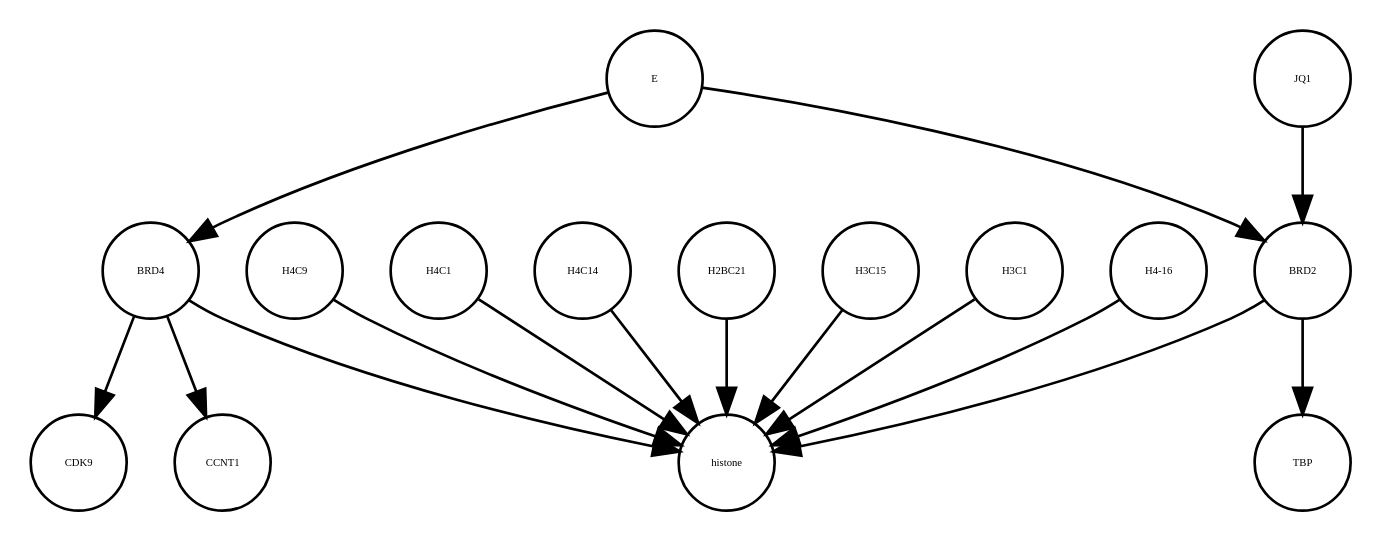
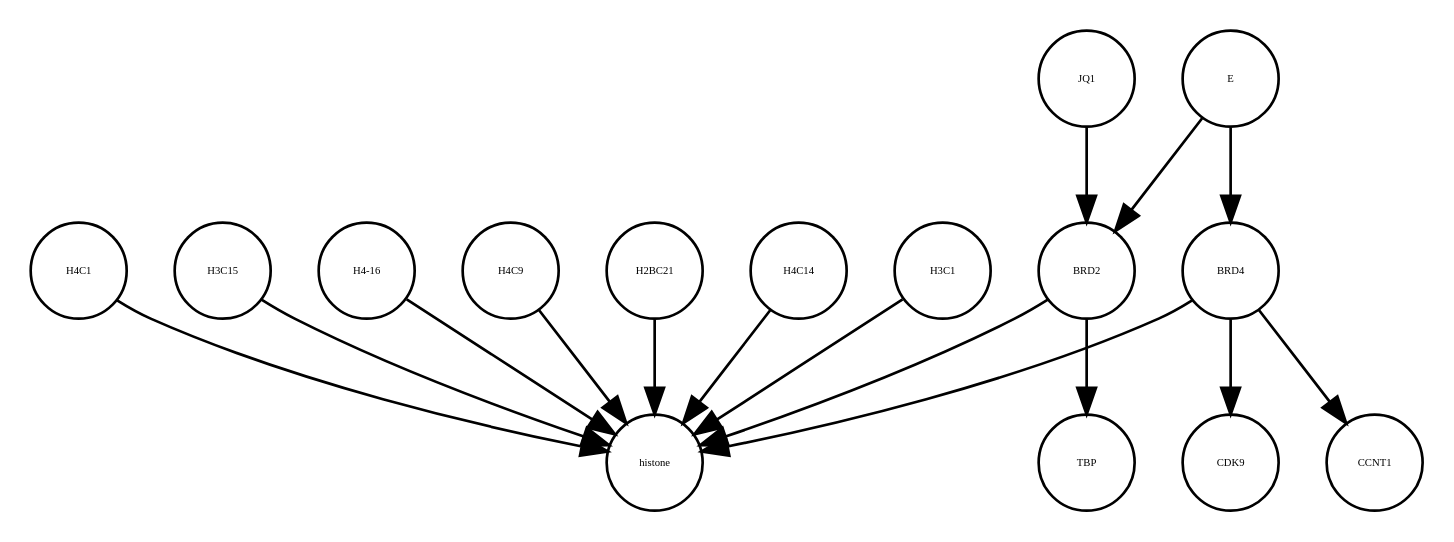
Before and after one commit to cannin/covid19-sbgn: the diagram in E_SARS_CoV_2_21_05_2020.xml_projected.dot, drawn with Graphviz. The commit also changed other lines of this file and 572 other files, not shown here.

```diff
--- a/E_SARS_CoV_2_21_05_2020.xml_projected.dot
+++ b/E_SARS_CoV_2_21_05_2020.xml_projected.dot
@@ -1,32 +1,32 @@
 strict digraph  {
+H3C15 [annotation="", bipartite=0, cls=macromolecule, fontsize=4, label=H3C15, shape=circle];
 CDK9 [annotation="", bipartite=0, cls=macromolecule, fontsize=4, label=CDK9, shape=circle];
+histone [annotation="", bipartite=0, cls=complex, fontsize=4, label=histone, shape=circle];
+"H4-16" [annotation="", bipartite=0, cls=macromolecule, fontsize=4, label="H4-16", shape=circle];
+E [annotation=urn_miriam_ncbiprotein_BCD58755, bipartite=0, cls=macromolecule, fontsize=4, label=E, shape=circle];
+H4C9 [annotation="", bipartite=0, cls=macromolecule, fontsize=4, label=H4C9, shape=circle];
+JQ1 [annotation="", bipartite=0, cls=macromolecule, fontsize=4, label=JQ1, shape=circle];
+H2BC21 [annotation="", bipartite=0, cls=macromolecule, fontsize=4, label=H2BC21, shape=circle];
+H4C14 [annotation="", bipartite=0, cls=macromolecule, fontsize=4, label=H4C14, shape=circle];
+BRD2 [annotation="", bipartite=0, cls=macromolecule, fontsize=4, label=BRD2, shape=circle];
+BRD4 [annotation="", bipartite=0, cls=macromolecule, fontsize=4, label=BRD4, shape=circle];
+CCNT1 [annotation="", bipartite=0, cls=macromolecule, fontsize=4, label=CCNT1, shape=circle];
+H3C1 [annotation="", bipartite=0, cls=macromolecule, fontsize=4, label=H3C1, shape=circle];
 TBP [annotation="", bipartite=0, cls=macromolecule, fontsize=4, label=TBP, shape=circle];
-histone [annotation="", bipartite=0, cls=complex, fontsize=4, label=histone, shape=circle];
-H4C9 [annotation="", bipartite=0, cls=macromolecule, fontsize=4, label=H4C9, shape=circle];
 H4C1 [annotation="", bipartite=0, cls=macromolecule, fontsize=4, label=H4C1, shape=circle];
-H4C14 [annotation="", bipartite=0, cls=macromolecule, fontsize=4, label=H4C14, shape=circle];
-BRD4 [annotation="", bipartite=0, cls=macromolecule, fontsize=4, label=BRD4, shape=circle];
-H2BC21 [annotation="", bipartite=0, cls=macromolecule, fontsize=4, label=H2BC21, shape=circle];
-BRD2 [annotation="", bipartite=0, cls=macromolecule, fontsize=4, label=BRD2, shape=circle];
-CCNT1 [annotation="", bipartite=0, cls=macromolecule, fontsize=4, label=CCNT1, shape=circle];
-JQ1 [annotation="", bipartite=0, cls=macromolecule, fontsize=4, label=JQ1, shape=circle];
-H3C15 [annotation="", bipartite=0, cls=macromolecule, fontsize=4, label=H3C15, shape=circle];
-H3C1 [annotation="", bipartite=0, cls=macromolecule, fontsize=4, label=H3C1, shape=circle];
-E [annotation=urn_miriam_ncbiprotein_BCD58755, bipartite=0, cls=macromolecule, fontsize=4, label=E, shape=circle];
-"H4-16" [annotation="", bipartite=0, cls=macromolecule, fontsize=4, label="H4-16", shape=circle];
-H4C9 -> histone  [annotation="", interaction_type=production];
-H4C1 -> histone  [annotation="", interaction_type=production];
-H4C14 -> histone  [annotation="", interaction_type=production];
-BRD4 -> histone  [annotation="urn_miriam_doi_10.1038%2Fnsmb.3228.|urn_miriam_doi_10.1016%2Fj.molcel.2008.01.018", interaction_type=catalysis];
-BRD4 -> CCNT1  [annotation="", interaction_type=catalysis];
-BRD4 -> CDK9  [annotation=urn_miriam_taxonomy_10090, interaction_type=catalysis];
-H2BC21 -> histone  [annotation="", interaction_type=production];
-BRD2 -> histone  [annotation="urn_miriam_doi_10.1038%2Fnsmb.3228.|urn_miriam_doi_10.1016%2Fj.molcel.2008.01.018", interaction_type=catalysis];
-BRD2 -> TBP  [annotation="urn_miriam_doi_10.1007%2Fs11010-006-9223-6", interaction_type=catalysis];
-JQ1 -> BRD2  [annotation="urn_miriam_doi_10.1038%2Fs41586-020-2286-9|urn_miriam_doi_10.1080%2F15592294.2018.1469891", interaction_type=inhibition];
 H3C15 -> histone  [annotation="", interaction_type=production];
-H3C1 -> histone  [annotation="", interaction_type=production];
+"H4-16" -> histone  [annotation="", interaction_type=production];
 E -> BRD2  [annotation="urn_miriam_doi_10.1038%2Fs41586-020-2286-9|urn_miriam_doi_10.1080%2F15592294.2018.1469891", interaction_type=inhibition];
 E -> BRD4  [annotation="urn_miriam_doi_10.1038%2Fs41586-020-2286-9", interaction_type=inhibition];
-"H4-16" -> histone  [annotation="", interaction_type=production];
+H4C9 -> histone  [annotation="", interaction_type=production];
+JQ1 -> BRD2  [annotation="urn_miriam_doi_10.1038%2Fs41586-020-2286-9|urn_miriam_doi_10.1080%2F15592294.2018.1469891", interaction_type=inhibition];
+H2BC21 -> histone  [annotation="", interaction_type=production];
+H4C14 -> histone  [annotation="", interaction_type=production];
+BRD2 -> TBP  [annotation="urn_miriam_doi_10.1007%2Fs11010-006-9223-6", interaction_type=catalysis];
+BRD2 -> histone  [annotation="urn_miriam_doi_10.1038%2Fnsmb.3228.|urn_miriam_doi_10.1016%2Fj.molcel.2008.01.018", interaction_type=catalysis];
+BRD4 -> CDK9  [annotation=urn_miriam_taxonomy_10090, interaction_type=catalysis];
+BRD4 -> CCNT1  [annotation="", interaction_type=catalysis];
+BRD4 -> histone  [annotation="urn_miriam_doi_10.1038%2Fnsmb.3228.|urn_miriam_doi_10.1016%2Fj.molcel.2008.01.018", interaction_type=catalysis];
+H3C1 -> histone  [annotation="", interaction_type=production];
+H4C1 -> histone  [annotation="", interaction_type=production];
 }
```
